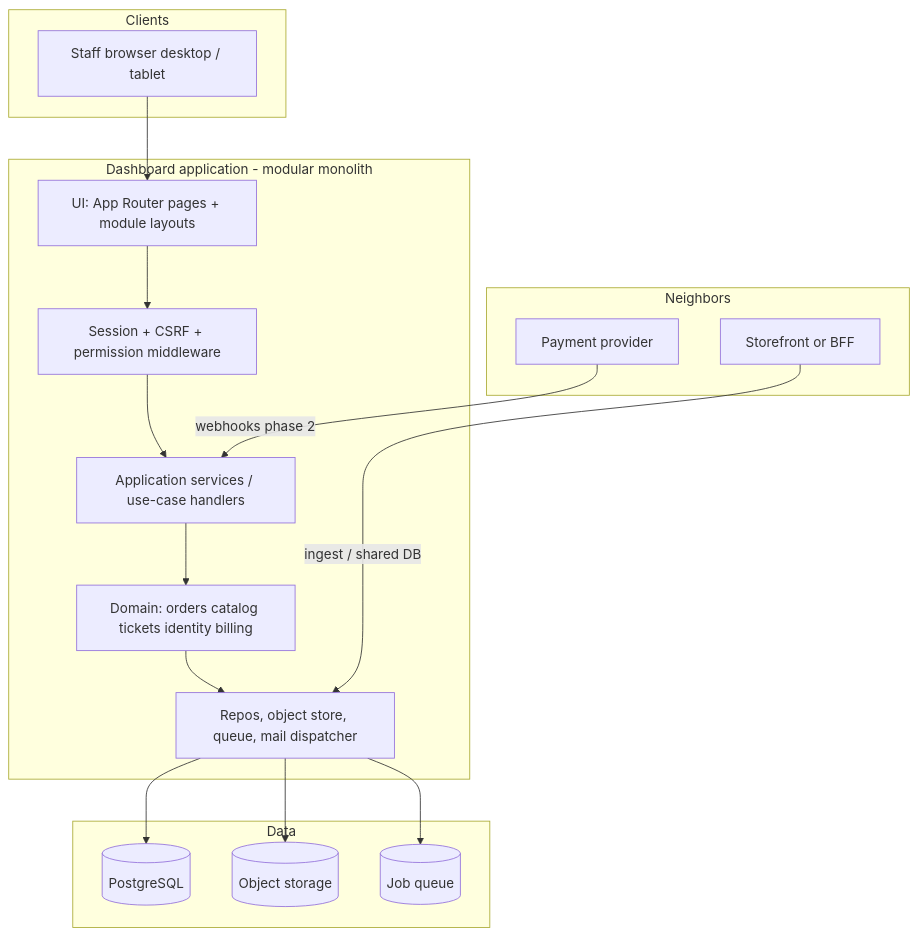
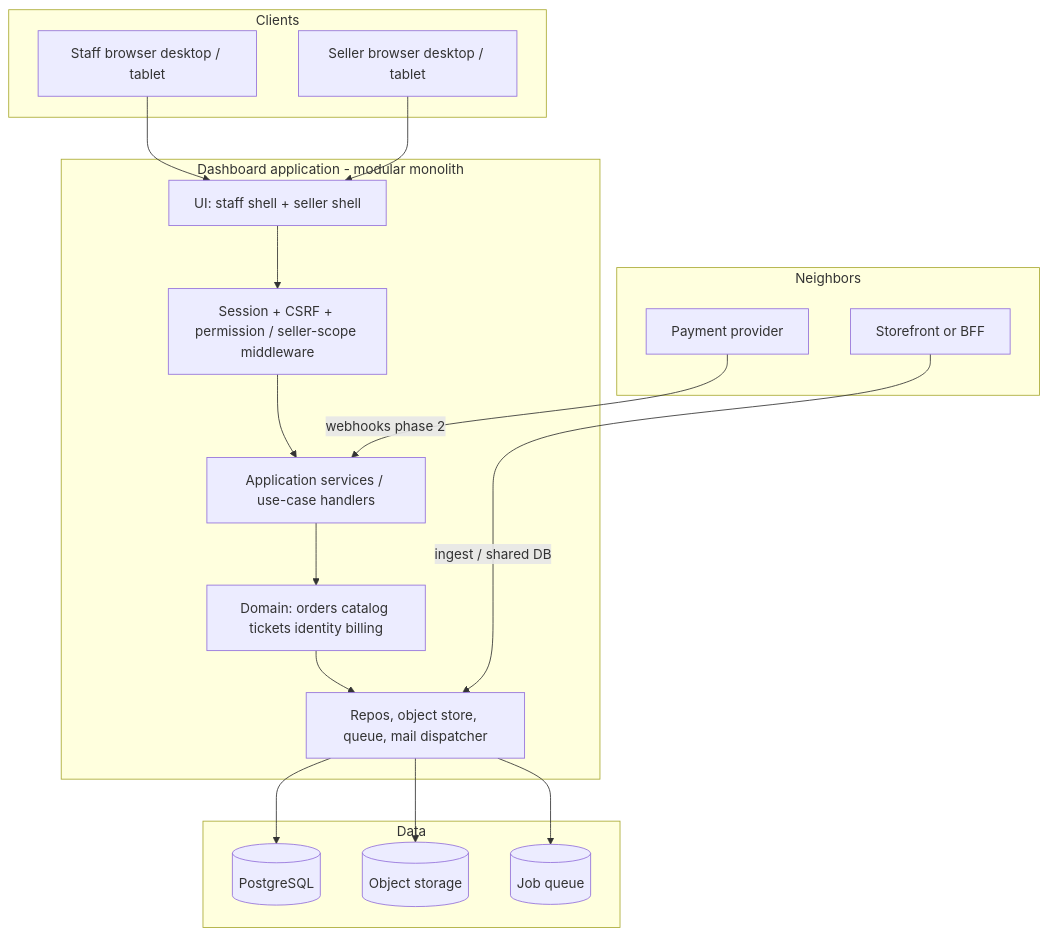
Before and after one commit to nafasebra/order-manager-docs: the first of 3 diagrams in system-design.md, drawn with Mermaid. The commit also changed other lines of this file and 6 other files, not shown here.

````diff
--- a/system-design.md
+++ b/system-design.md
@@ -45,33 +46,35 @@
 ```mermaid
 flowchart TB
   subgraph Clients
     BROWSER[Staff browser desktop / tablet]
+    SELLERUI[Seller browser desktop / tablet]
   end
 
   subgraph App["Dashboard application - modular monolith"]
-    UI[UI: App Router pages + module layouts]
-    MW[Session + CSRF + permission middleware]
+    UI[UI: staff shell + seller shell]
+    MW[Session + CSRF + permission / seller-scope middleware]
     APP[Application services / use-case handlers]
     DOM[Domain: orders catalog tickets identity billing]
     INF[Repos, object store, queue, mail dispatcher]
   end
 
   subgraph Data
     PG[(PostgreSQL)]
     OBJ[(Object storage)]
     Q[(Job queue)]
   end
 
   subgraph Neighbors
     SF[Storefront or BFF]
     PAY[Payment provider]
   end
 
   BROWSER --> UI
+  SELLERUI --> UI
   UI --> MW --> APP --> DOM --> INF
   INF --> PG
   INF --> OBJ
   INF --> Q
   SF -->|ingest / shared DB| INF
   PAY -->|webhooks phase 2| APP
 ```
````
